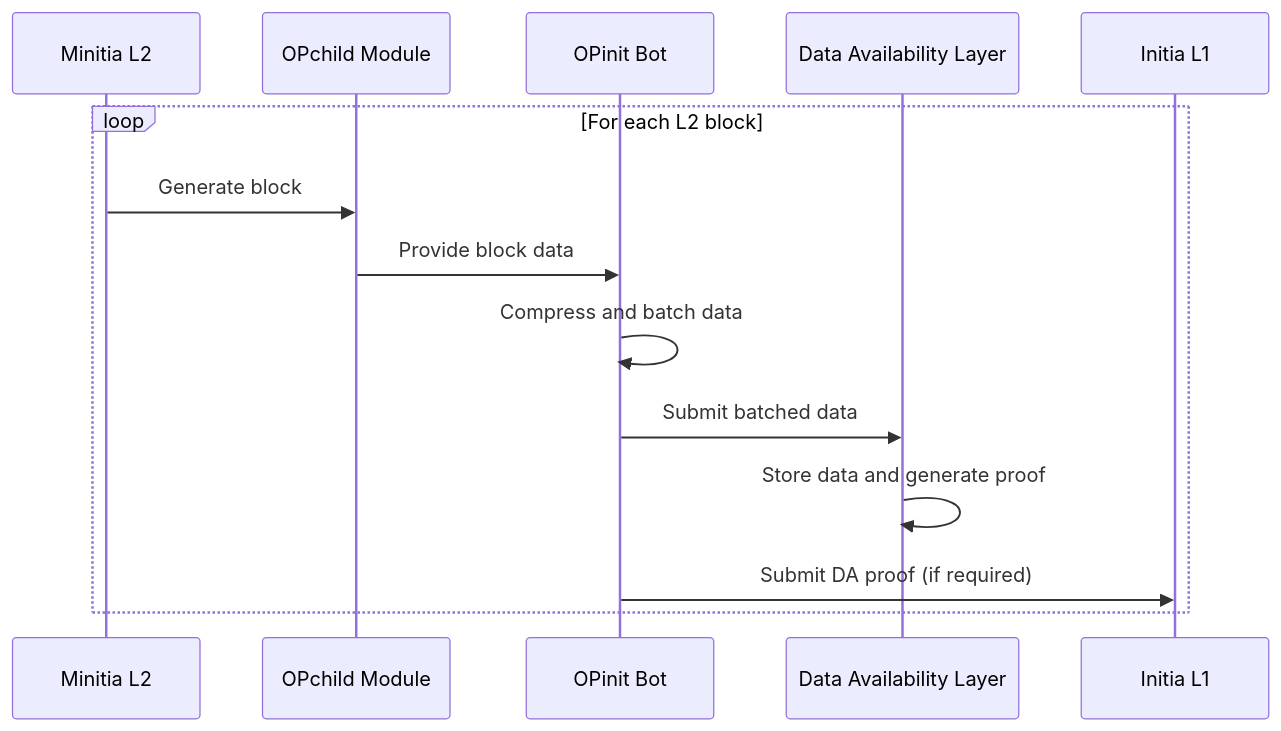
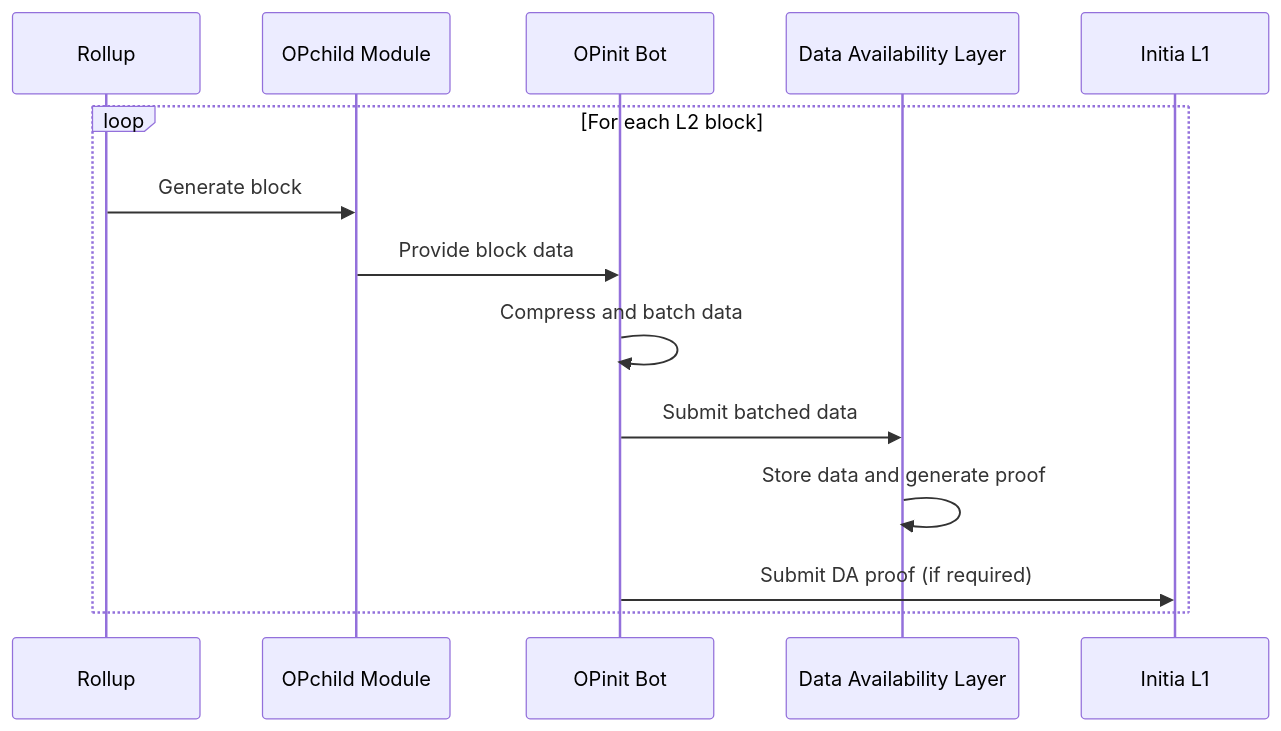
The diagram in home/technical-architecture/opinit-framework/action-flows/submitting-to-da-layer.mdx (initia-labs/docs), drawn with Mermaid before and after one commit. The commit also changed 72 other files, not shown here.

````diff
--- a/home/technical-architecture/opinit-framework/action-flows/submitting-to-da-layer.mdx
+++ b/home/technical-architecture/opinit-framework/action-flows/submitting-to-da-layer.mdx
@@ -5,17 +5,17 @@
 ```mermaid
 sequenceDiagram
-    participant ML2 as Minitia L2
+    participant R as Rollup
     participant OPC as OPchild Module
     participant OPB as OPinit Bot
     participant DA as Data Availability Layer
     participant IL1 as Initia L1
 
     loop For each L2 block
-        ML2->>OPC: Generate block
+        R->>OPC: Generate block
         OPC->>OPB: Provide block data
         OPB->>OPB: Compress and batch data
         OPB->>DA: Submit batched data
         DA->>DA: Store data and generate proof
         OPB->>IL1: Submit DA proof (if required)
     end
 ```
````
